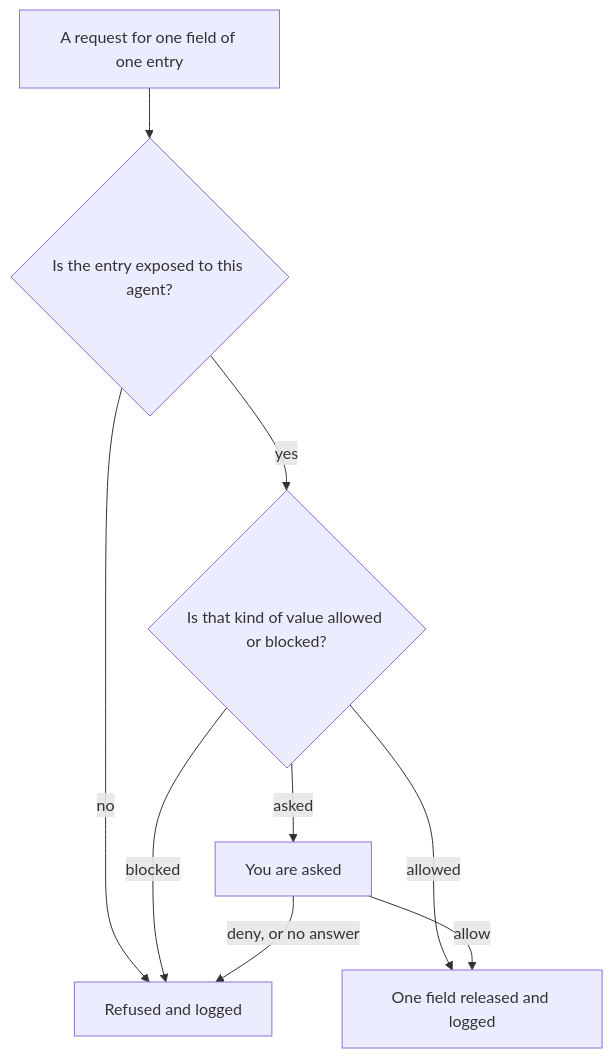
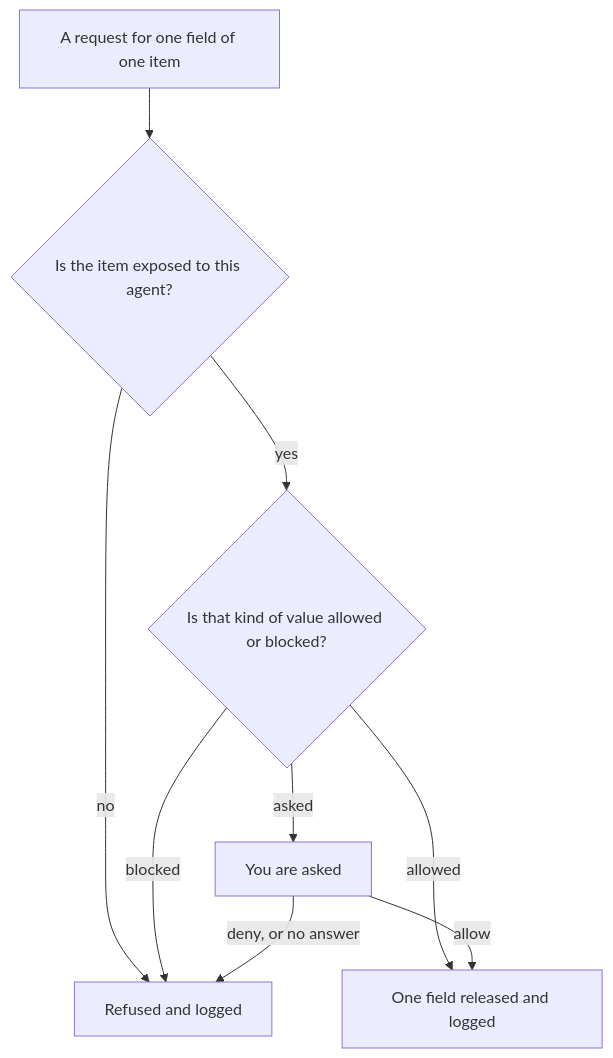
One commit to notinferred/keypaste changed the second of 3 diagrams in site/web/src/content/docs/how-it-works/index.mdx. Above: the diagram before and after it, drawn with Mermaid. The commit also changed other lines of this file and 39 other files, not shown here.

````diff
--- a/site/web/src/content/docs/how-it-works/index.mdx
+++ b/site/web/src/content/docs/how-it-works/index.mdx
@@ -37,11 +39,11 @@
 ```mermaid
 flowchart TD
-  request["A request for one field of one entry"] --> exposed{"Is the entry exposed to this agent?"}
+  request["A request for one field of one item"] --> exposed{"Is the item exposed to this agent?"}
   exposed -->|no| refused["Refused and logged"]
   exposed -->|yes| standing{"Is that kind of value allowed or blocked?"}
   standing -->|allowed| released["One field released and logged"]
   standing -->|blocked| refused
   standing -->|asked| ask["You are asked"]
   ask -->|deny, or no answer| refused
   ask -->|allow| released
 ```
````
